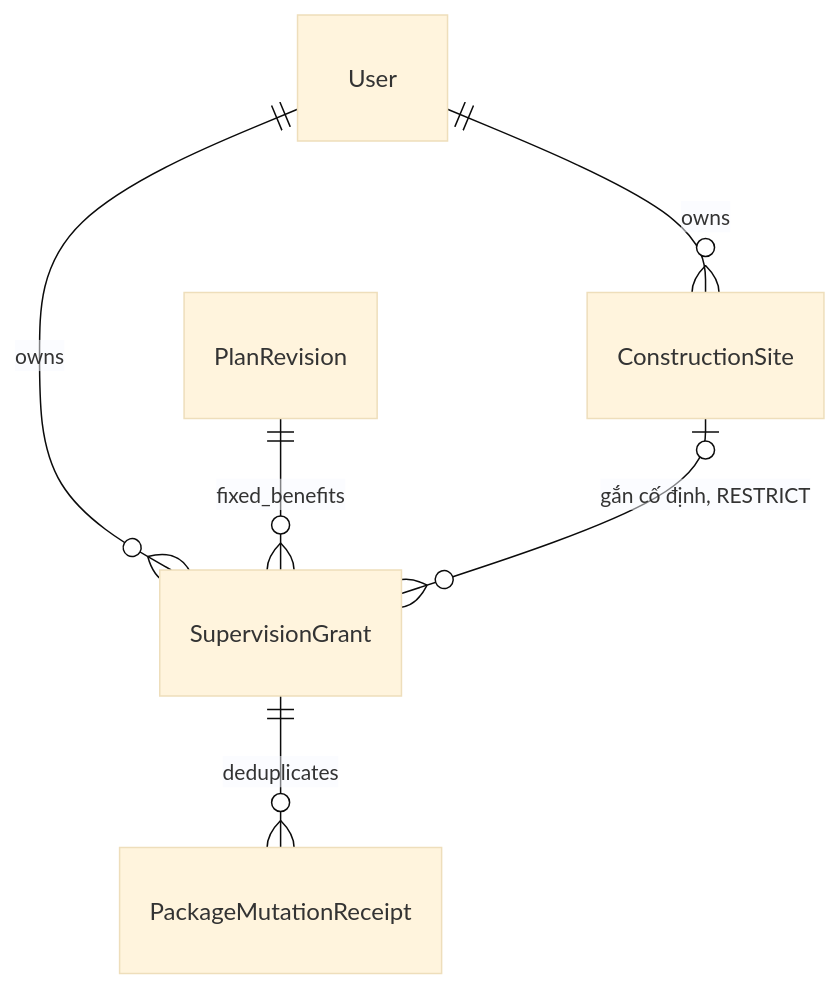
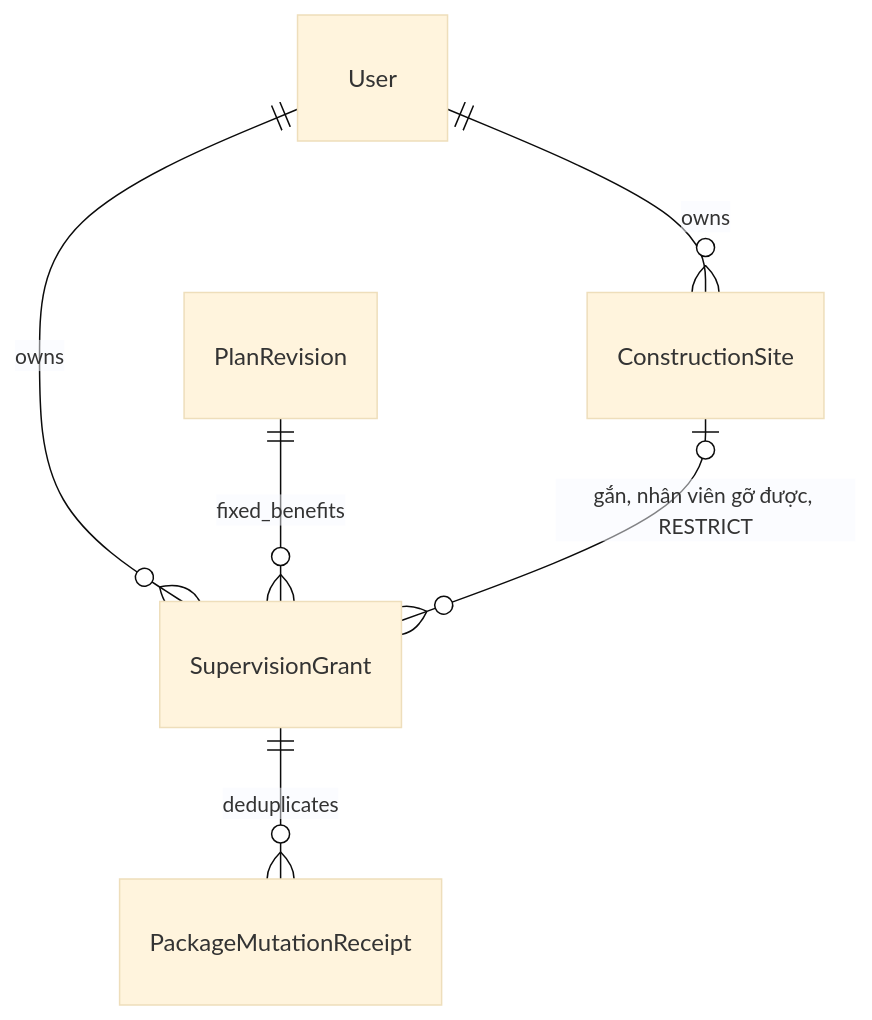
Before and after one commit to TaskCoper/bmt-documentation: the fifth of 5 diagrams in tdd/TDD-SUB-004.md, drawn with Mermaid (base theme). The commit also changed other lines of this file and 190 other files, not shown here.

````diff
--- a/tdd/TDD-SUB-004.md
+++ b/tdd/TDD-SUB-004.md
@@ -255,8 +286,8 @@
 ```mermaid
 erDiagram
     User ||--o{ SupervisionGrant : owns
     User ||--o{ ConstructionSite : owns
     PlanRevision ||--o{ SupervisionGrant : fixed_benefits
-    ConstructionSite |o--o{ SupervisionGrant : "gắn cố định, RESTRICT"
+    ConstructionSite |o--o{ SupervisionGrant : "gắn, nhân viên gỡ được, RESTRICT"
     SupervisionGrant ||--o{ PackageMutationReceipt : deduplicates
 ```
````
